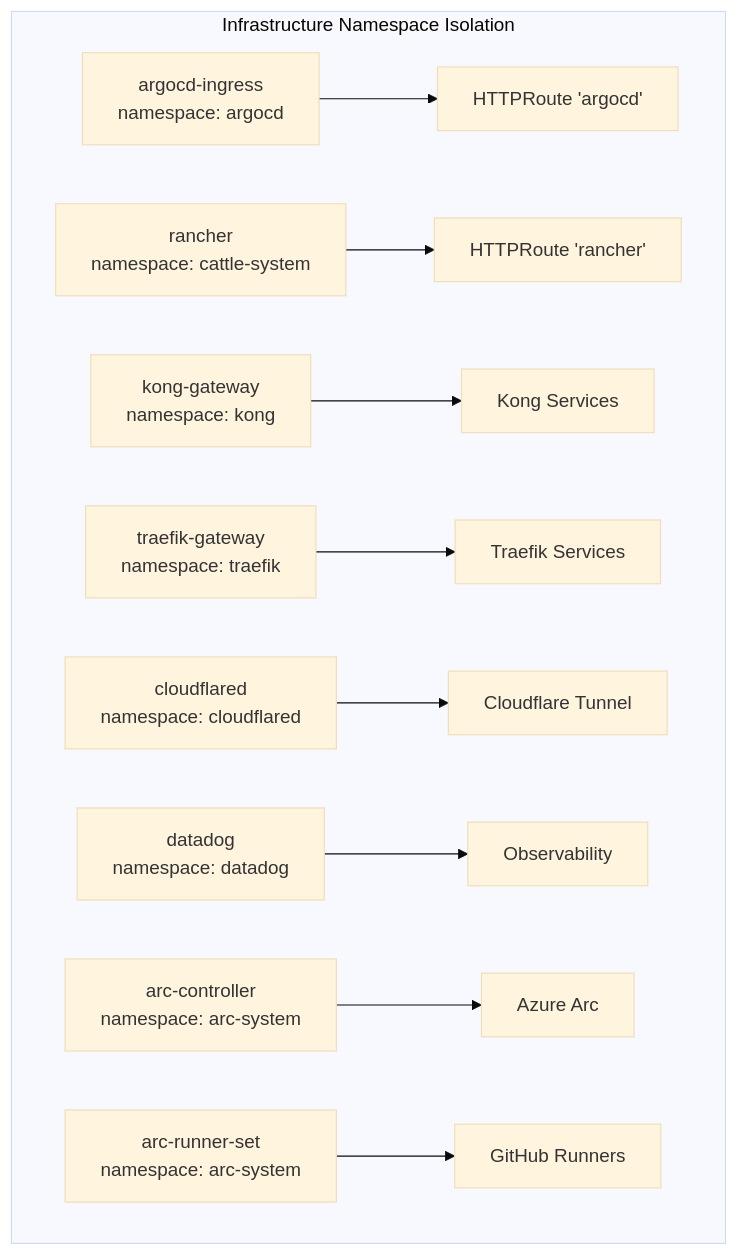
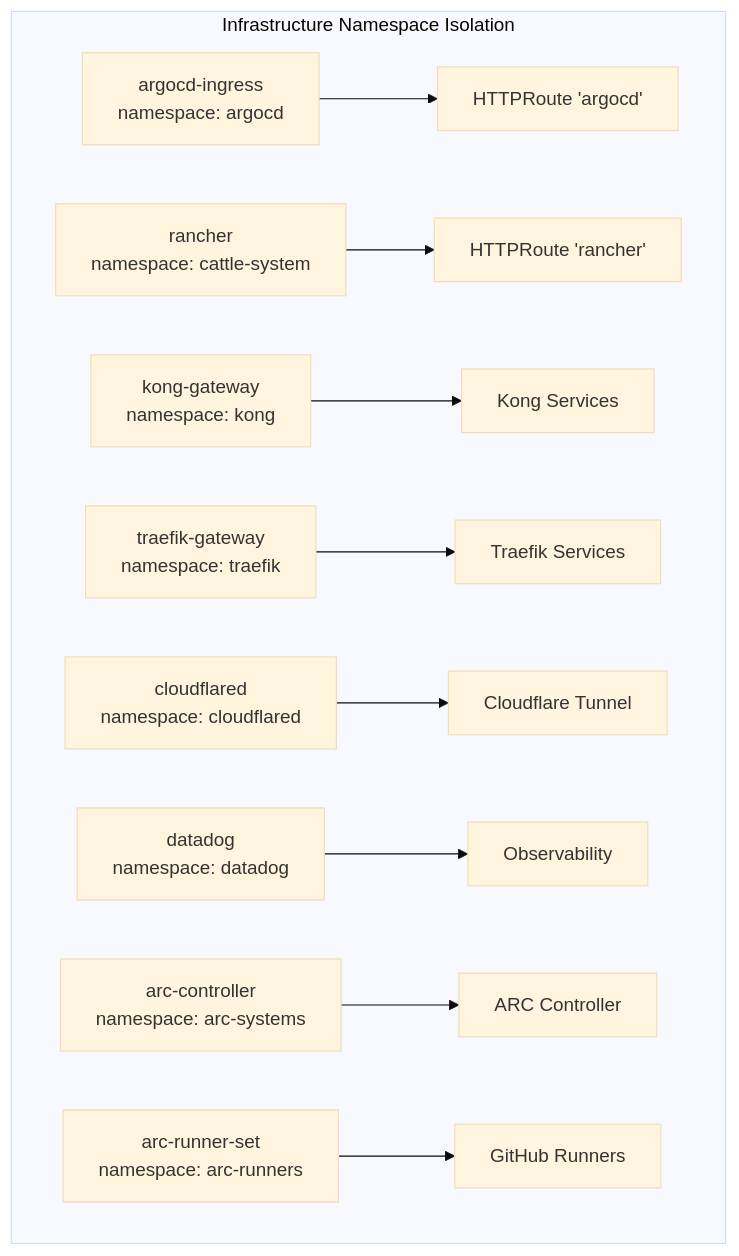
One commit to Hoangvu75/k8s_manifest changed the fourth of 6 diagrams in .qoder/repowiki/en/content/Playground Applications/Playground Applications.md. Above: the diagram before and after it, drawn with Mermaid (base theme). The commit also changed other lines of this file and 3 other files, not shown here.

First line of the commit message:
docs(repowiki): update architecture, infrastructure, operational features, and playground docs

````diff
--- a/.qoder/repowiki/en/content/Playground Applications/Playground Applications.md
+++ b/.qoder/repowiki/en/content/Playground Applications/Playground Applications.md
@@ -269,13 +269,13 @@
 ```mermaid
 flowchart TD
 subgraph "Infrastructure Namespace Isolation"
 ARGO["argocd-ingress<br/>namespace: argocd"] --> ARGOHR["HTTPRoute 'argocd'"]
 RANCH["rancher<br/>namespace: cattle-system"] --> RANCHHR["HTTPRoute 'rancher'"]
 KONG["kong-gateway<br/>namespace: kong"] --> KONGSVC["Kong Services"]
 TRADEFIK["traefik-gateway<br/>namespace: traefik"] --> TRAEFIKSVC["Traefik Services"]
 CLOUDFLARE["cloudflared<br/>namespace: cloudflared"] --> TUNNEL["Cloudflare Tunnel"]
 DATADOG["datadog<br/>namespace: datadog"] --> OBS["Observability"]
-ARCCTRL["arc-controller<br/>namespace: arc-system"] --> ARC["Azure Arc"]
-ARCRUNSET["arc-runner-set<br/>namespace: arc-system"] --> RUN["GitHub Runners"]
+ARCCTRL["arc-controller<br/>namespace: arc-systems"] --> ARC["ARC Controller"]
+ARCRUNSET["arc-runner-set<br/>namespace: arc-runners"] --> RUN["GitHub Runners"]
 end
 ```
````
